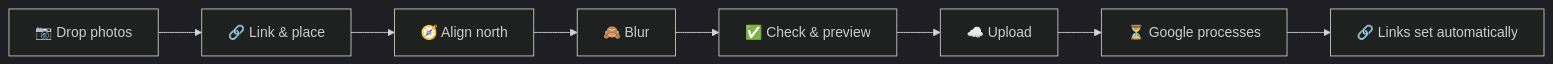
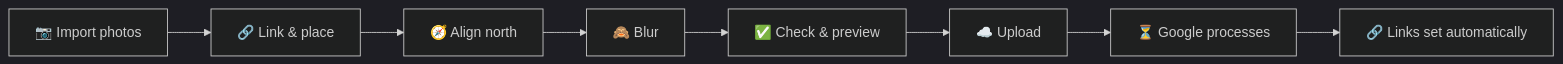
Before and after one commit to F0uP/streetview-tour-uploader: the diagram in README.md, drawn with Mermaid (dark theme). The commit also changed other lines of this file and 48 other files, not shown here.

````diff
--- a/README.md
+++ b/README.md
@@ -150,10 +151,10 @@
 ```mermaid
 flowchart LR
-  A[📷 Drop photos] --> B[🔗 Link & place]
+  A[📷 Import photos] --> B[🔗 Link & place]
   B --> C[🧭 Align north]
   C --> D[🙈 Blur]
   D --> E[✅ Check & preview]
   E --> F[☁️ Upload]
   F --> G[⏳ Google processes]
   G --> H[🔗 Links set automatically]
 ```
````
